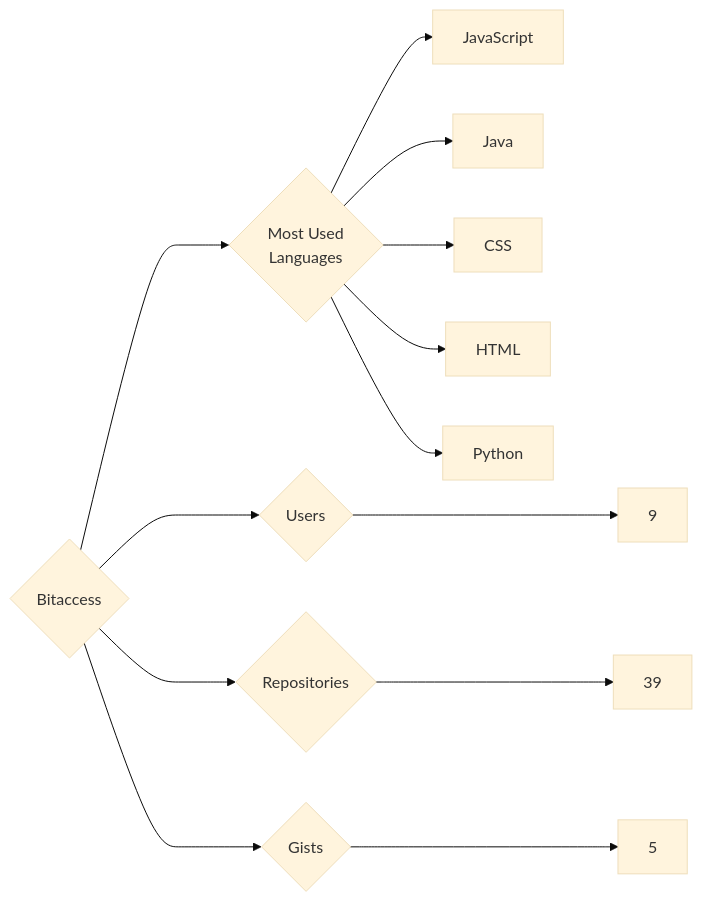
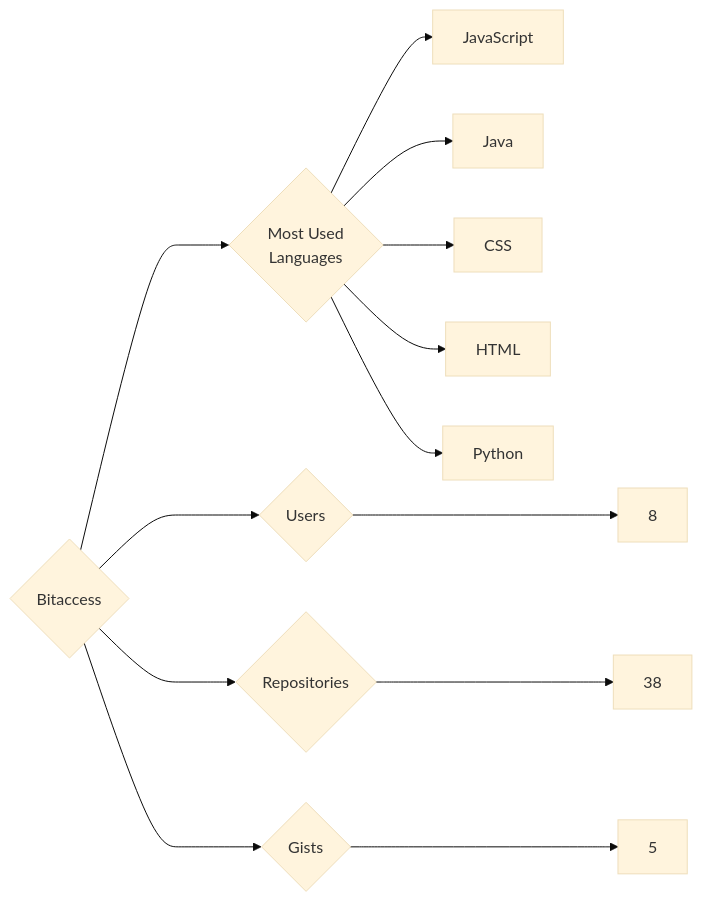
Before and after one commit to trickest/insiders: the diagram in targets/Bitaccess/README.md, drawn with Mermaid (base theme). The commit also changed 815 other files, not shown here.

````diff
--- a/targets/Bitaccess/README.md
+++ b/targets/Bitaccess/README.md
@@ -3,13 +3,13 @@
 ```mermaid
 graph LR
 COMPANY_NAME{Bitaccess}
-COMPANY_NAME ---> U{Users} ---> UN[9]
-COMPANY_NAME ---> R{Repositories} ---> RN[39]
+COMPANY_NAME ---> U{Users} ---> UN[8]
+COMPANY_NAME ---> R{Repositories} ---> RN[38]
 COMPANY_NAME ---> G{Gists} ---> GN[5]
 COMPANY_NAME ---> ML{Most Used<br>Languages}
 ML --> JavaScript[JavaScript]
 ML --> Java[Java]
 ML --> CSS[CSS]
 ML --> HTML[HTML]
 ML --> Python[Python]
 ```
````
